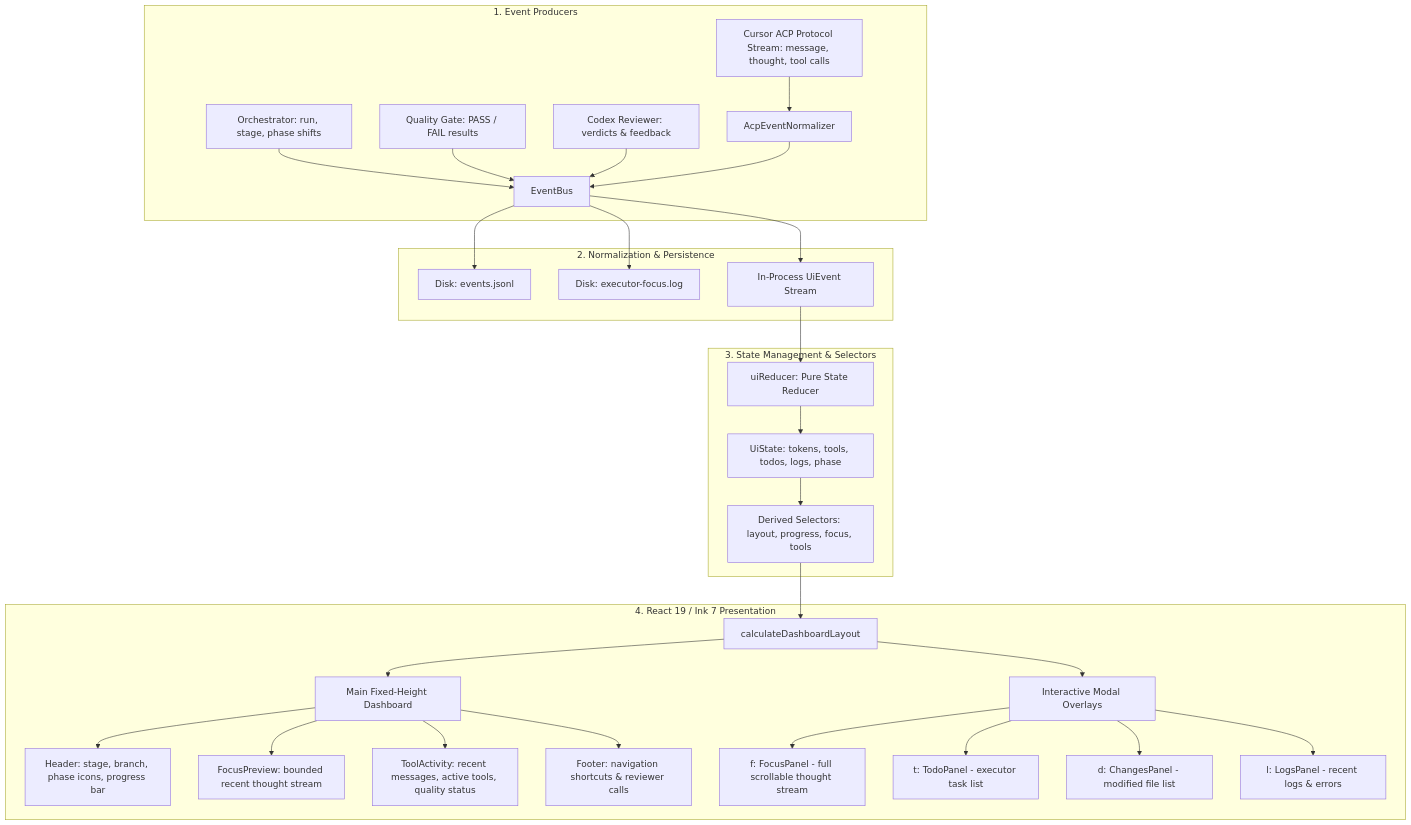
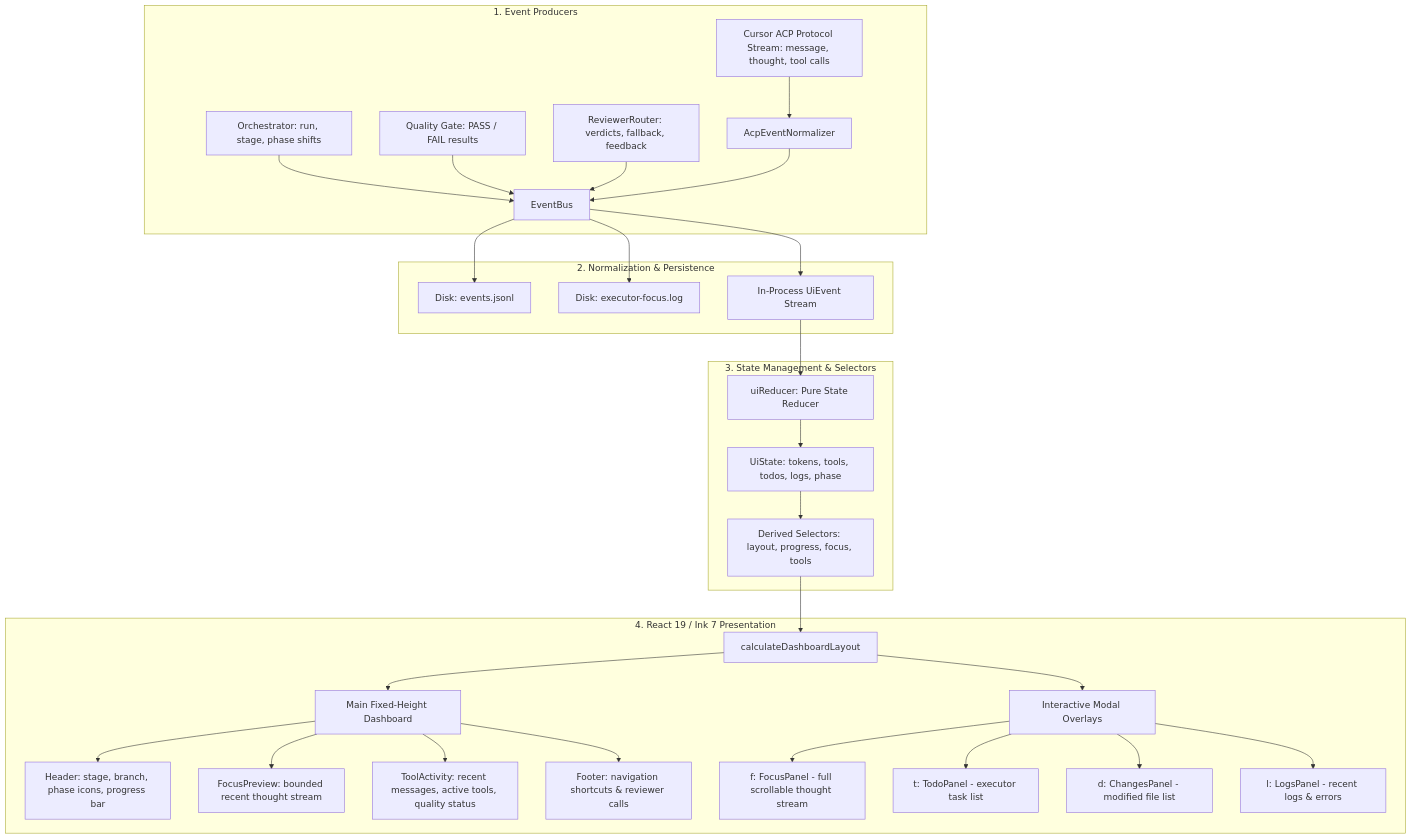
Before and after one commit to blackandcode/ai-universal-coding-harness: the diagram in docs/ui.md, drawn with Mermaid. The commit also changed other lines of this file and 94 other files, not shown here.

````diff
--- a/docs/ui.md
+++ b/docs/ui.md
@@ -9,37 +9,37 @@
 ```mermaid
 flowchart TD
   subgraph EventSources [1. Event Producers]
     ACP[Cursor ACP Protocol Stream: message, thought, tool calls] --> Norm[AcpEventNormalizer]
     Orch[Orchestrator: run, stage, phase shifts] --> Bus[EventBus]
     Qual[Quality Gate: PASS / FAIL results] --> Bus
-    Rev[Codex Reviewer: verdicts & feedback] --> Bus
+    Rev[ReviewerRouter: verdicts, fallback, feedback] --> Bus
     Norm --> Bus
   end
 
   subgraph EventDispatch [2. Normalization & Persistence]
     Bus --> DiskEvents[Disk: events.jsonl]
     Bus --> DiskFocus[Disk: executor-focus.log]
     Bus --> InProcess[In-Process UiEvent Stream]
   end
 
   subgraph StateAndSelectors [3. State Management & Selectors]
     InProcess --> Reducer[uiReducer: Pure State Reducer]
     Reducer --> State[UiState: tokens, tools, todos, logs, phase]
     State --> Selectors[Derived Selectors: layout, progress, focus, tools]
   end
 
   subgraph Presentation [4. React 19 / Ink 7 Presentation]
     Selectors --> LayoutEngine[calculateDashboardLayout]
     LayoutEngine --> Dashboard[Main Fixed-Height Dashboard]
     Dashboard --> Header[Header: stage, branch, phase icons, progress bar]
     Dashboard --> FocusPrev[FocusPreview: bounded recent thought stream]
     Dashboard --> Activity[ToolActivity: recent messages, active tools, quality status]
     Dashboard --> Footer[Footer: navigation shortcuts & reviewer calls]
 
     LayoutEngine --> Modals[Interactive Modal Overlays]
     Modals --> FocusModal[f: FocusPanel - full scrollable thought stream]
     Modals --> TodoModal[t: TodoPanel - executor task list]
     Modals --> ChangesModal[d: ChangesPanel - modified file list]
     Modals --> LogsModal[l: LogsPanel - recent logs & errors]
   end
 ```
````
